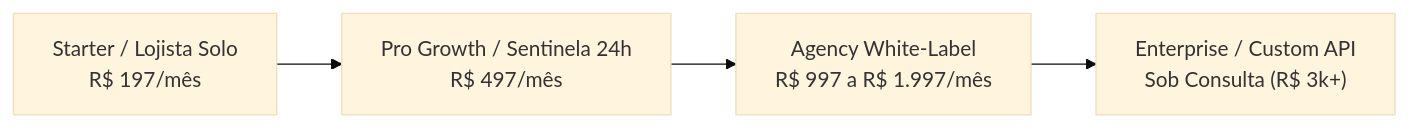
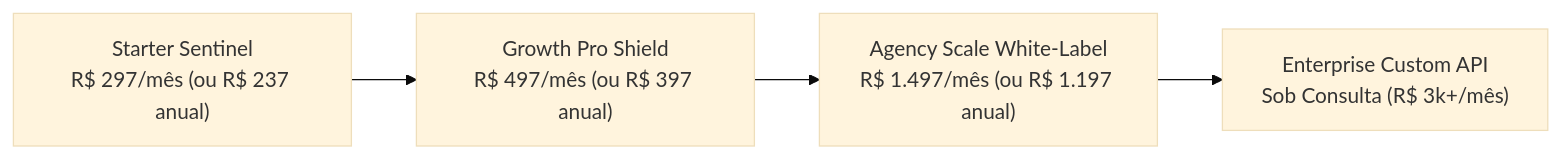
Before and after one commit to pensador999/leakfinder-saas: the second of 3 diagrams in docs/BUSINESS_PLAN_ADSHIELD_SAAS.md, drawn with Mermaid (base theme). The commit also changed other lines of this file and 11 other files, not shown here.

````diff
--- a/docs/BUSINESS_PLAN_ADSHIELD_SAAS.md
+++ b/docs/BUSINESS_PLAN_ADSHIELD_SAAS.md
@@ -56,6 +56,6 @@
 ```mermaid
 graph LR
-    P1["Starter / Lojista Solo<br>R$ 197/mês"] --> P2["Pro Growth / Sentinela 24h<br>R$ 497/mês"]
-    P2 --> P3["Agency White-Label<br>R$ 997 a R$ 1.997/mês"]
-    P3 --> P4["Enterprise / Custom API<br>Sob Consulta (R$ 3k+)"]
+    P1["Starter Sentinel<br>R$ 297/mês (ou R$ 237 anual)"] --> P2["Growth Pro Shield<br>R$ 497/mês (ou R$ 397 anual)"]
+    P2 --> P3["Agency Scale White-Label<br>R$ 1.497/mês (ou R$ 1.197 anual)"]
+    P3 --> P4["Enterprise Custom API<br>Sob Consulta (R$ 3k+/mês)"]
 ```
````
